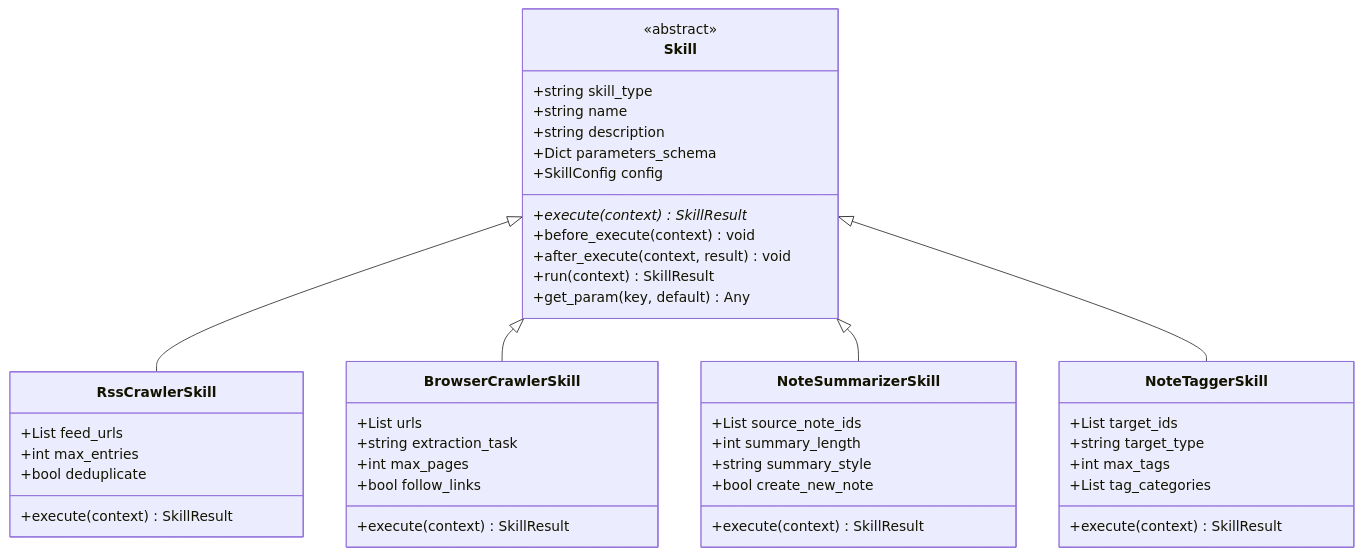
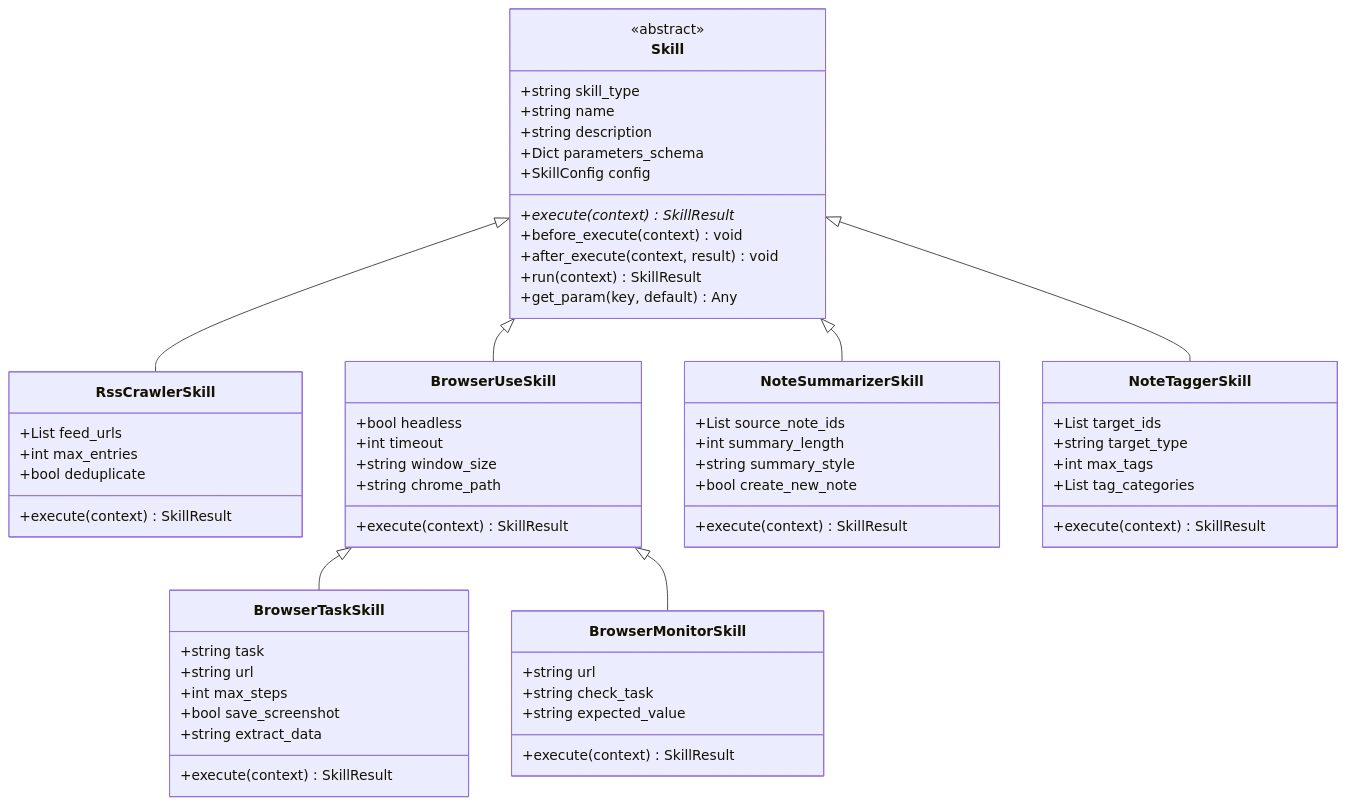
The fourth of 16 diagrams in .qoder/repowiki/zh/content/API参考文档/技能系统API.md (jackeyunjie/open-notebook), drawn with Mermaid before and after one commit. The commit also changed other lines of this file and 11 other files, not shown here.

````diff
--- a/.qoder/repowiki/zh/content/API参考文档/技能系统API.md
+++ b/.qoder/repowiki/zh/content/API参考文档/技能系统API.md
@@ -255,47 +260,63 @@
 ```mermaid
 classDiagram
 class Skill {
 <<abstract>>
 +string skill_type
 +string name
 +string description
 +Dict parameters_schema
 +SkillConfig config
 +execute(context) SkillResult*
 +before_execute(context) void
 +after_execute(context, result) void
 +run(context) SkillResult
 +get_param(key, default) Any
 }
 class RssCrawlerSkill {
 +List feed_urls
 +int max_entries
 +bool deduplicate
 +execute(context) SkillResult
 }
-class BrowserCrawlerSkill {
-+List urls
-+string extraction_task
-+int max_pages
-+bool follow_links
+class BrowserUseSkill {
++bool headless
++int timeout
++string window_size
++string chrome_path
++execute(context) SkillResult
+}
+class BrowserTaskSkill {
++string task
++string url
++int max_steps
++bool save_screenshot
++string extract_data
++execute(context) SkillResult
+}
+class BrowserMonitorSkill {
++string url
++string check_task
++string expected_value
 +execute(context) SkillResult
 }
 class NoteSummarizerSkill {
 +List source_note_ids
 +int summary_length
 +string summary_style
 +bool create_new_note
 +execute(context) SkillResult
 }
 class NoteTaggerSkill {
 +List target_ids
 +string target_type
 +int max_tags
 +List tag_categories
 +execute(context) SkillResult
 }
 Skill <|-- RssCrawlerSkill
-Skill <|-- BrowserCrawlerSkill
+Skill <|-- BrowserUseSkill
 Skill <|-- NoteSummarizerSkill
 Skill <|-- NoteTaggerSkill
+BrowserUseSkill <|-- BrowserTaskSkill
+BrowserUseSkill <|-- BrowserMonitorSkill
 ```
````
